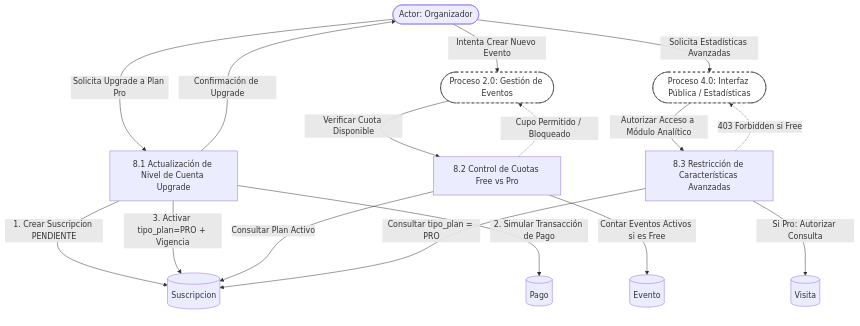
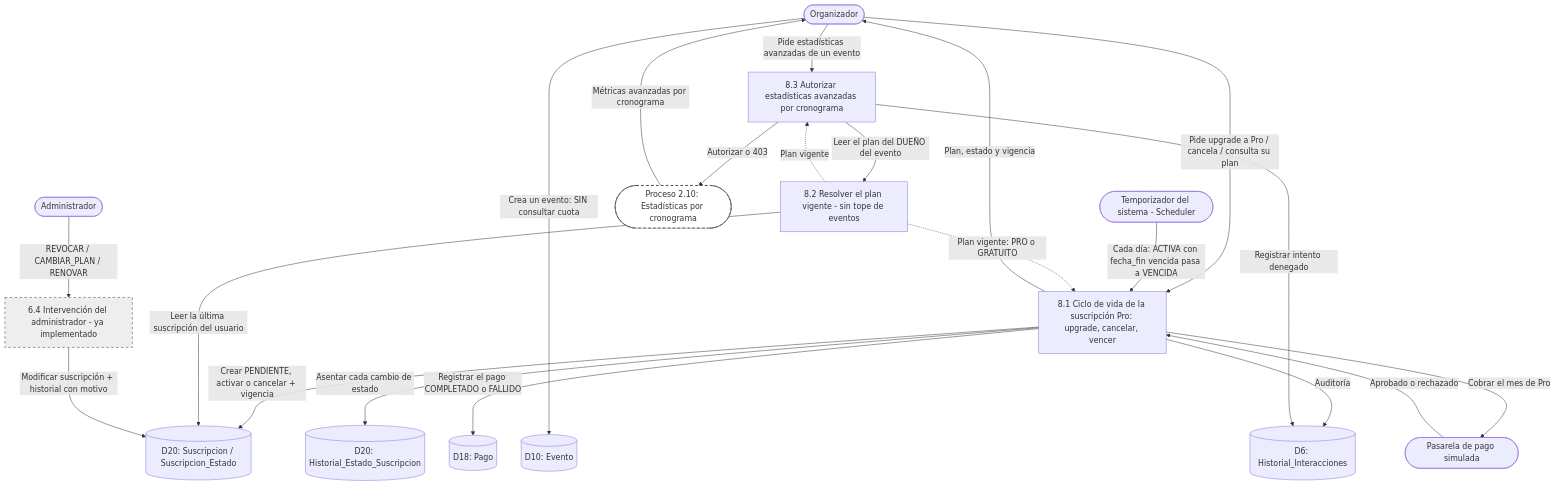
Before and after one commit to dev-gastong/Enexia: the diagram in docs/tempDFD/modulo_8_membresias/nivel1_membresias.md, drawn with Mermaid. The commit also changed other lines of this file and 37 other files, not shown here.

First line of the commit message:
Desbloqueo solo por admin, sin tope de eventos y DFD pendientes en tempDFD

````diff
--- a/docs/tempDFD/modulo_8_membresias/nivel1_membresias.md
+++ b/docs/tempDFD/modulo_8_membresias/nivel1_membresias.md
@@ -1,45 +5,56 @@
 ```mermaid
 graph TD
     %% --- ENTIDADES EXTERNAS ---
-    Org([Actor: Organizador])
-    P2_Ext([Proceso 2.0: Gestión de Eventos])
-    P4_Ext([Proceso 4.0: Interfaz Pública / Estadísticas])
+    Org([Organizador])
+    Admin([Administrador])
+    Reloj([Temporizador del sistema - Scheduler])
+    Pasarela([Pasarela de pago simulada])
+    P2_Ext([Proceso 2.10: Estadísticas por cronograma])
 
     %% --- ALMACENES DE DATOS ---
     subgraph Almacenes [ ]
         style Almacenes fill:none,stroke:none
-        D4_Sus[(Suscripcion)]
-        D4_Pago[(Pago)]
-        D2_Ev[(Evento)]
-        D5_Vis[(Visita)]
+        D20_Sus[(D20: Suscripcion / Suscripcion_Estado)]
+        D20_Hist[(D20: Historial_Estado_Suscripcion)]
+        D18_Pago[(D18: Pago)]
+        D10_Ev[(D10: Evento)]
+        D6_Logs[(D6: Historial_Interacciones)]
     end
 
-    %% --- SUB-PROCESOS DEL MÓDULO 8 ---
-    P8_1[8.1 Actualización de Nivel de Cuenta Upgrade]
-    P8_2[8.2 Control de Cuotas Free vs Pro]
-    P8_3[8.3 Restricción de Características Avanzadas]
+    %% --- SUB-PROCESOS ---
+    P8_1[8.1 Ciclo de vida de la suscripción Pro: upgrade, cancelar, vencer]
+    P8_2[8.2 Resolver el plan vigente - sin tope de eventos]
+    P8_3[8.3 Autorizar estadísticas avanzadas por cronograma]
+    P6_4[6.4 Intervención del administrador - ya implementado]
 
-    %% --- FLUJOS RF-8.1 ---
-    Org -->|Solicita Upgrade a Plan Pro| P8_1
-    P8_1 -->|1. Crear Suscripcion PENDIENTE| D4_Sus
-    P8_1 -->|2. Simular Transacción de Pago| D4_Pago
-    P8_1 -->|3. Activar tipo_plan=PRO + Vigencia| D4_Sus
-    P8_1 -->|Confirmación de Upgrade| Org
+    %% --- 8.1 ---
+    Org -->|Pide upgrade a Pro / cancela / consulta su plan| P8_1
+    P8_1 -->|Crear PENDIENTE, activar o cancelar + vigencia| D20_Sus
+    P8_1 -->|Asentar cada cambio de estado| D20_Hist
+    P8_1 -->|Cobrar el mes de Pro| Pasarela
+    Pasarela -->|Aprobado o rechazado| P8_1
+    P8_1 -->|Registrar el pago COMPLETADO o FALLIDO| D18_Pago
+    P8_1 -->|Auditoría| D6_Logs
+    Reloj -->|Cada día: ACTIVA con fecha_fin vencida pasa a VENCIDA| P8_1
+    P8_1 -->|Plan, estado y vigencia| Org
 
-    %% --- FLUJOS RF-8.2 ---
-    Org -->|Intenta Crear Nuevo Evento| P2_Ext
-    P2_Ext -->|Verificar Cuota Disponible| P8_2
-    P8_2 -->|Consultar Plan Activo| D4_Sus
-    P8_2 -->|Contar Eventos Activos si es Free| D2_Ev
-    P8_2 -.->|Cupo Permitido / Bloqueado| P2_Ext
+    %% --- 8.2 ---
+    Org -->|Crea un evento: SIN consultar cuota| D10_Ev
+    P8_2 -->|Leer la última suscripción del usuario| D20_Sus
+    P8_2 -.->|Plan vigente: PRO o GRATUITO| P8_1
+    P8_2 -.->|Plan vigente| P8_3
 
-    %% --- FLUJOS RF-8.3 ---
-    Org -->|Solicita Estadísticas Avanzadas| P4_Ext
-    P4_Ext -->|Autorizar Acceso a Módulo Analítico| P8_3
-    P8_3 -->|Consultar tipo_plan = PRO| D4_Sus
-    P8_3 -->|Si Pro: Autorizar Consulta| D5_Vis
-    P8_3 -.->|403 Forbidden si Free| P4_Ext
+    %% --- 8.3 ---
+    Org -->|Pide estadísticas avanzadas de un evento| P8_3
+    P8_3 -->|Leer el plan del DUEÑO del evento| P8_2
+    P8_3 -->|Autorizar o 403| P2_Ext
+    P2_Ext -->|Métricas avanzadas por cronograma| Org
+    P8_3 -->|Registrar intento denegado| D6_Logs
+
+    %% --- Admin ---
+    Admin -->|REVOCAR / CAMBIAR_PLAN / RENOVAR| P6_4
+    P6_4 -->|Modificar suscripción + historial con motivo| D20_Sus
 
     style P2_Ext fill:#fff,stroke:#333,stroke-dasharray: 5 5
-    style P4_Ext fill:#fff,stroke:#333,stroke-dasharray: 5 5
+    style P6_4 fill:#eee,stroke:#333,stroke-dasharray: 5 5
 ```
````
